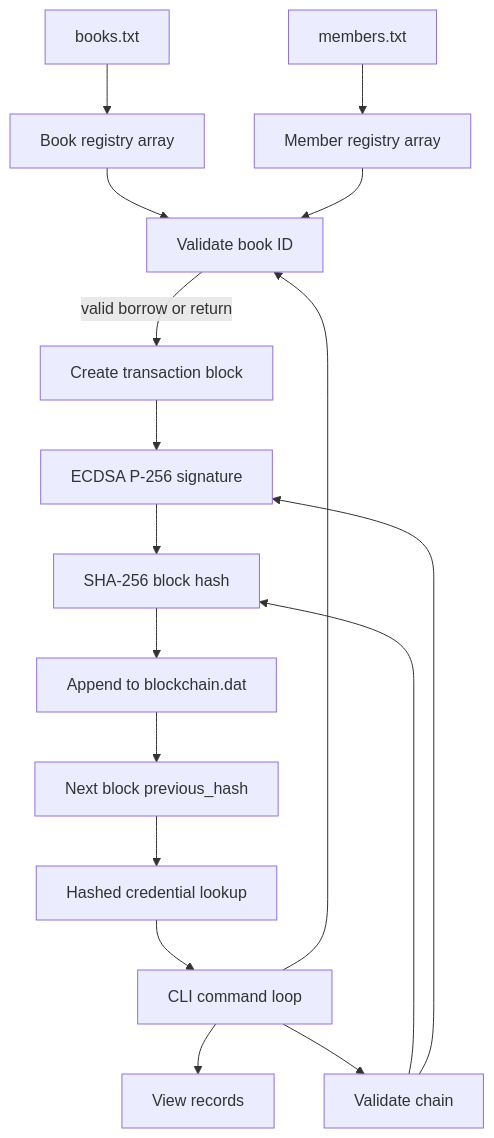
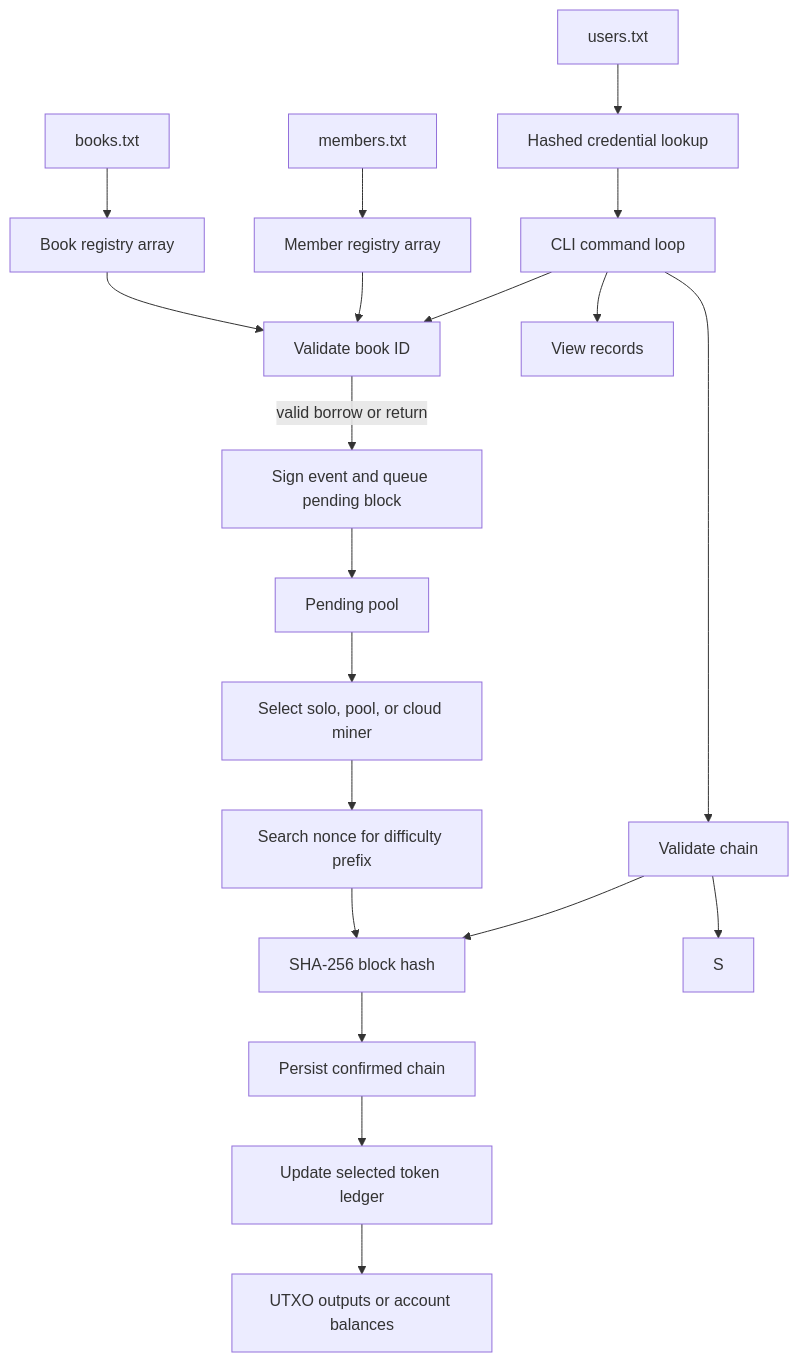
The diagram in DESIGN.md (Angel-ingabire/Individual-Assignment-1--F-A-), drawn with Mermaid before and after one commit. The commit also changed other lines of this file and 8 other files, not shown here.

````diff
--- a/DESIGN.md
+++ b/DESIGN.md
@@ -3,19 +3,22 @@
 ```mermaid
 flowchart TD
     A[books.txt] --> R[Book registry array]
     B[members.txt] --> M[Member registry array]
-    C[users.txt] --> U[Hashed credential lookup]
-    U --> CLI[CLI command loop]
+    C[users.txt] --> AUTH[Hashed credential lookup]
+    AUTH --> CLI[CLI command loop]
     R --> V[Validate book ID]
     M --> V
     CLI --> V
-    V -->|valid borrow or return| T[Create transaction block]
-    T --> S[ECDSA P-256 signature]
-    S --> H[SHA-256 block hash]
-    H --> P[Append to blockchain.dat]
-    P --> C[Next block previous_hash]
+    V -->|valid borrow or return| T[Sign event and queue pending block]
+    T --> PP[Pending pool]
+    PP --> MW[Select solo, pool, or cloud miner]
+    MW --> POW[Search nonce for difficulty prefix]
+    POW --> H[SHA-256 block hash]
+    H --> P[Persist confirmed chain]
+    P --> LEDGER[Update selected token ledger]
+    LEDGER --> MODEL[UTXO outputs or account balances]
     CLI --> Q[View records]
     CLI --> X[Validate chain]
     X --> H
     X --> S
 ```
````
